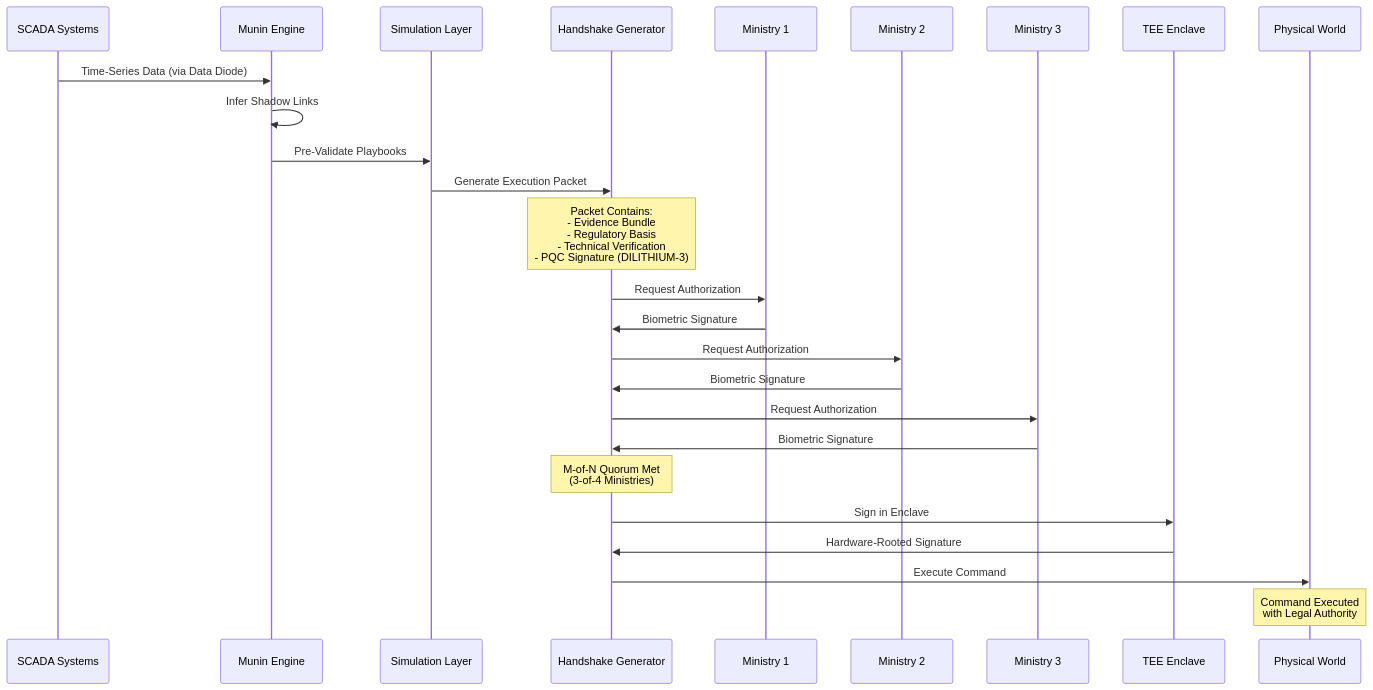
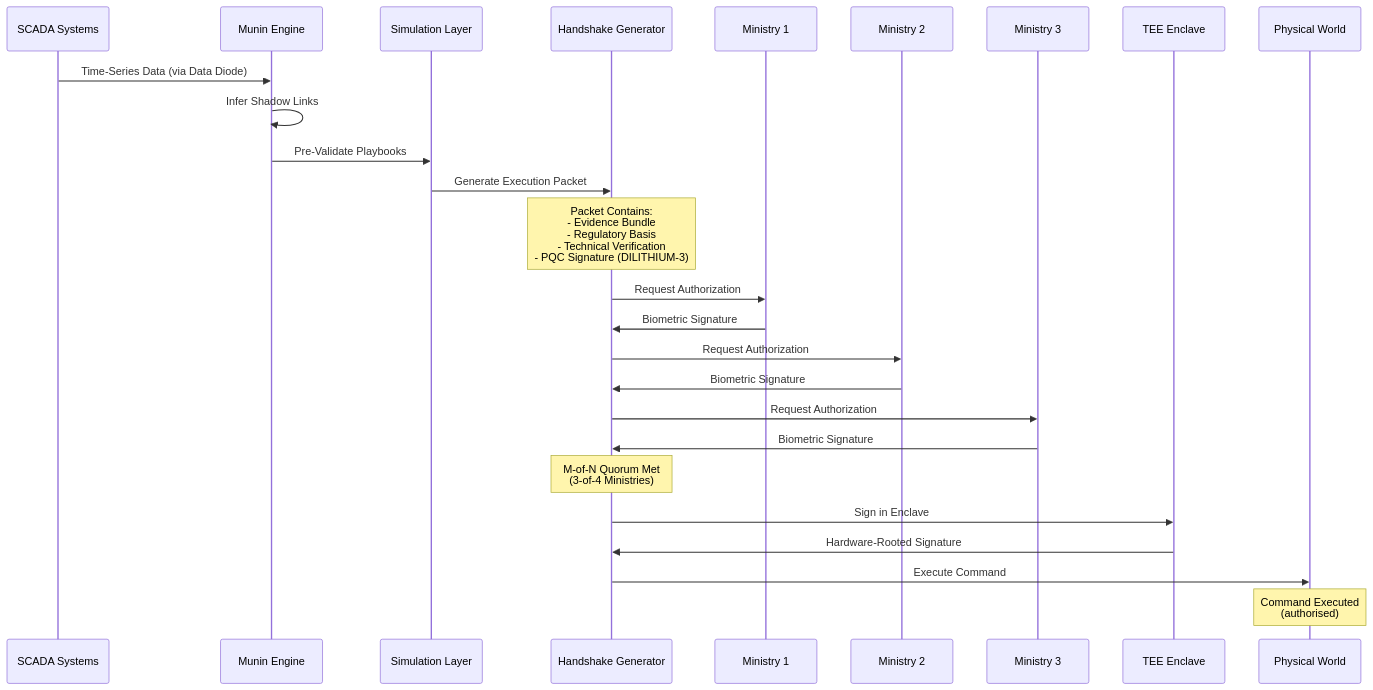
The second of 3 diagrams in README.md (jacobsprake/munin), drawn with Mermaid before and after one commit. The commit also changed other lines of this file and 23 other files, not shown here.

````diff
--- a/README.md
+++ b/README.md
@@ -153,34 +149,34 @@
 ```mermaid
 sequenceDiagram
     participant SCADA as SCADA Systems
     participant Munin as Munin Engine
     participant Sim as Simulation Layer
     participant Handshake as Handshake Generator
     participant Ministry1 as Ministry 1
     participant Ministry2 as Ministry 2
     participant Ministry3 as Ministry 3
     participant TEE as TEE Enclave
     participant Physical as Physical World
 
     SCADA->>Munin: Time-Series Data (via Data Diode)
     Munin->>Munin: Infer Shadow Links
     Munin->>Sim: Pre-Validate Playbooks
     Sim->>Handshake: Generate Execution Packet
     
     Note over Handshake: Packet Contains:<br/>- Evidence Bundle<br/>- Regulatory Basis<br/>- Technical Verification<br/>- PQC Signature (DILITHIUM-3)
     
     Handshake->>Ministry1: Request Authorization
     Ministry1->>Handshake: Biometric Signature
     Handshake->>Ministry2: Request Authorization
     Ministry2->>Handshake: Biometric Signature
     Handshake->>Ministry3: Request Authorization
     Ministry3->>Handshake: Biometric Signature
     
     Note over Handshake: M-of-N Quorum Met<br/>(3-of-4 Ministries)
     
     Handshake->>TEE: Sign in Enclave
     TEE->>Handshake: Hardware-Rooted Signature
     Handshake->>Physical: Execute Command
     
-    Note over Physical: Command Executed<br/>with Legal Authority
+    Note over Physical: Command Executed<br/>(authorised)
 ```
````
